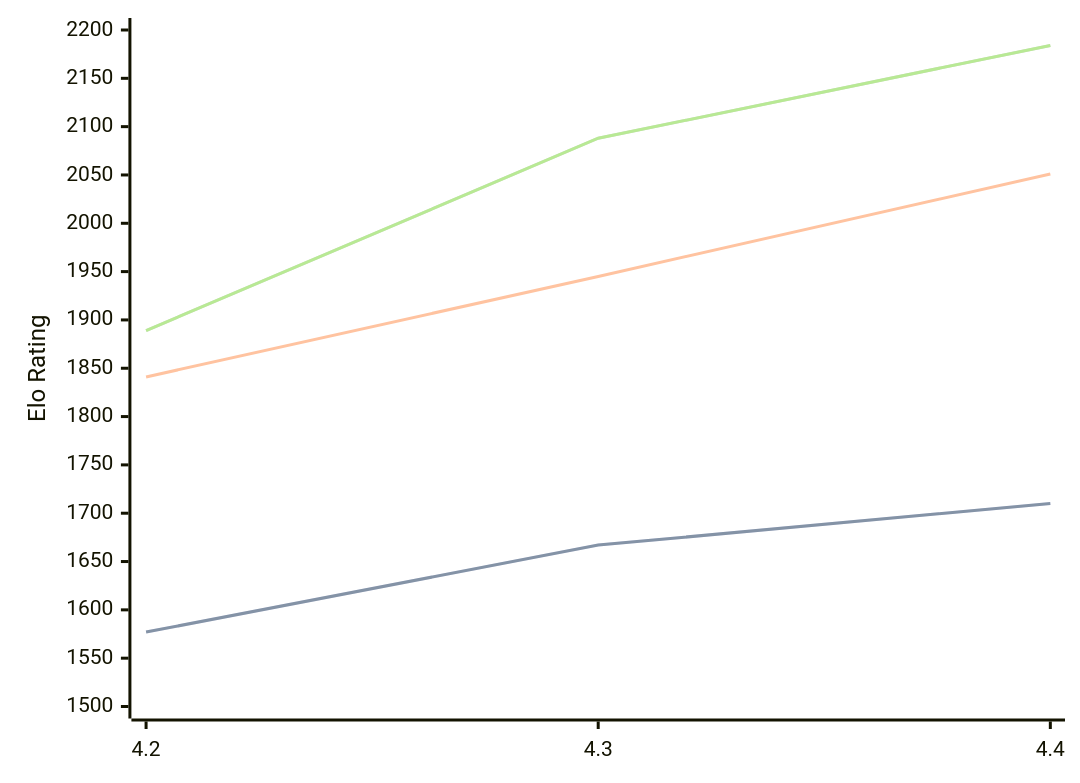
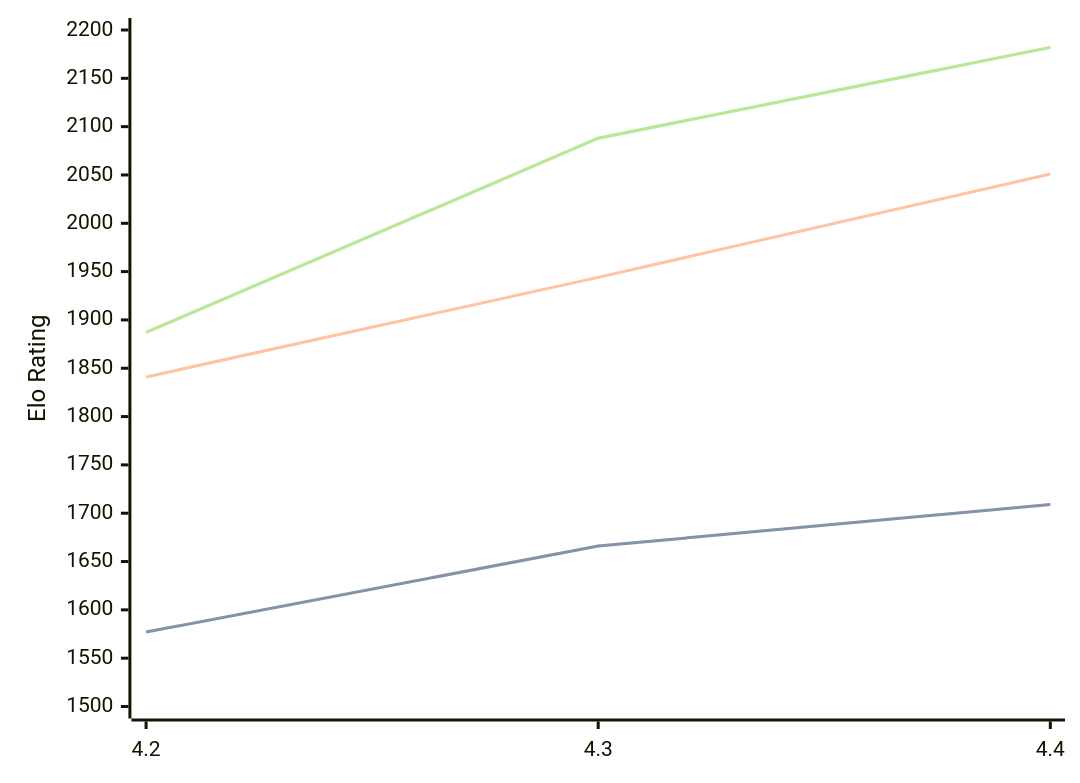
Before and after one commit to computer-chess-index/cci: the third of 3 diagrams in engines/Radiance.md, drawn with Mermaid. The commit also changed other lines of this file, not shown here.

Commit message:
Update CCI Ratings (ELO VLTC) - 2026-06-26

````diff
--- a/engines/Radiance.md
+++ b/engines/Radiance.md
@@ -69,11 +69,11 @@
 ```mermaid
 %%{init: {"theme":"base","themeVariables":{"seriesColors:['#a3a3a3','#222221','#faa371']}}}%%
 xychart-beta
   x-axis ["4.2", "4.3", "4.4"]
   y-axis "Elo Rating" 1500 --> 2200
-  line "STC (8.0+0.08s)" [1577, 1667, 1710]
-  line "STC (8.0+0.08s)" [1577, 1667, 1710]
-  line "LTC (60.0+0.60s)" [1841, 1945, 2051]
-  line "VLTC (2m24s+1.12s)" [1889, 2088, 2184]
-  line "VLTC (2m24s+1.12s)" [1889, 2088, 2184]
+  line "STC (8.0+0.08s)" [1577, 1666, 1709]
+  line "STC (8.0+0.08s)" [1577, 1666, 1709]
+  line "LTC (60.0+0.60s)" [1841, 1944, 2051]
+  line "VLTC (2m24s+1.12s)" [1887, 2088, 2182]
+  line "VLTC (2m24s+1.12s)" [1887, 2088, 2182]
 ```
````
